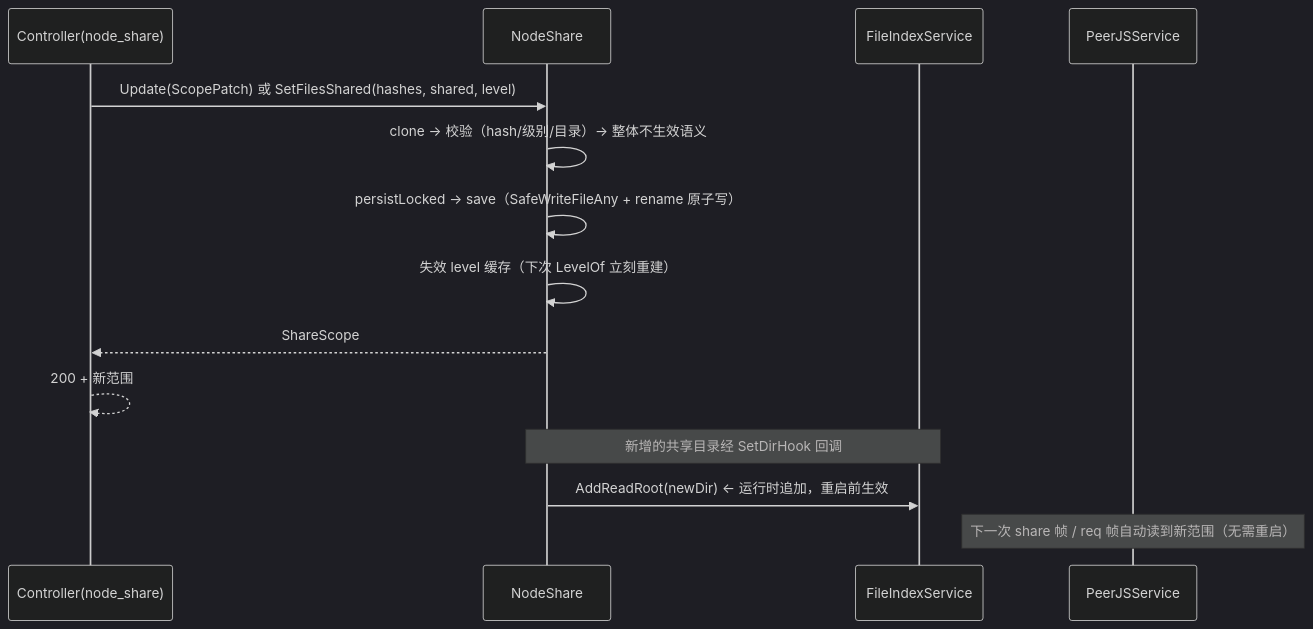
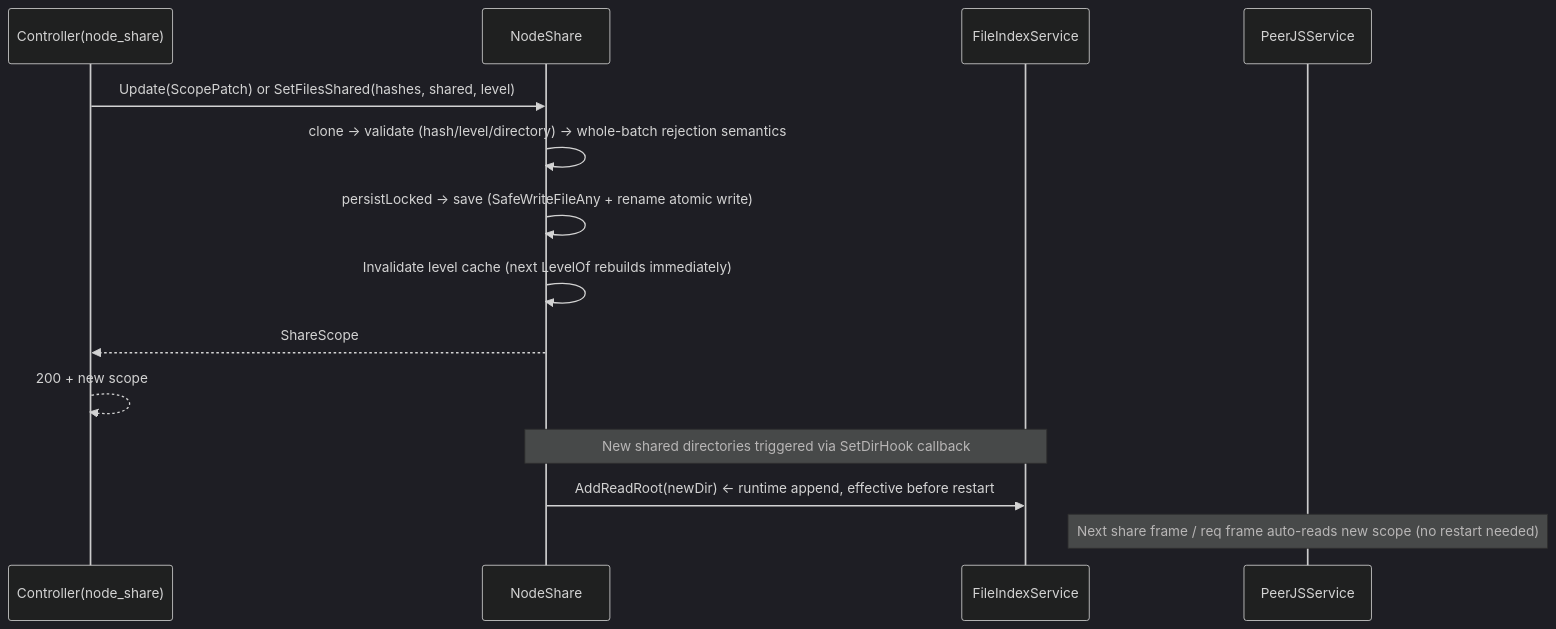
Before and after one commit to Hana-ame/peerdrive: the sixth of 6 diagrams in doc/design/connections/06-service-transport.md, drawn with Mermaid (dark theme). The commit also changed other lines of this file and 357 other files, not shown here.

````diff
--- a/doc/design/connections/06-service-transport.md
+++ b/doc/design/connections/06-service-transport.md
@@ -193,17 +193,17 @@
 ```mermaid
 sequenceDiagram
     participant C as Controller(node_share)
     participant NS as NodeShare
     participant FI as FileIndexService
     participant T as PeerJSService
 
-    C->>NS: Update(ScopePatch) 或 SetFilesShared(hashes, shared, level)
-    NS->>NS: clone → 校验（hash/级别/目录）→ 整体不生效语义
-    NS->>NS: persistLocked → save（SafeWriteFileAny + rename 原子写）
-    NS->>NS: 失效 level 缓存（下次 LevelOf 立刻重建）
+    C->>NS: Update(ScopePatch) or SetFilesShared(hashes, shared, level)
+    NS->>NS: clone → validate (hash/level/directory) → whole-batch rejection semantics
+    NS->>NS: persistLocked → save (SafeWriteFileAny + rename atomic write)
+    NS->>NS: Invalidate level cache (next LevelOf rebuilds immediately)
     NS-->>C: ShareScope
-    C-->>C: 200 + 新范围
-    Note over NS,FI: 新增的共享目录经 SetDirHook 回调
-    NS->>FI: AddReadRoot(newDir)   ← 运行时追加，重启前生效
-    Note over T: 下一次 share 帧 / req 帧自动读到新范围（无需重启）
+    C-->>C: 200 + new scope
+    Note over NS,FI: New shared directories triggered via SetDirHook callback
+    NS->>FI: AddReadRoot(newDir)   ← runtime append, effective before restart
+    Note over T: Next share frame / req frame auto-reads new scope (no restart needed)
 ```
````
